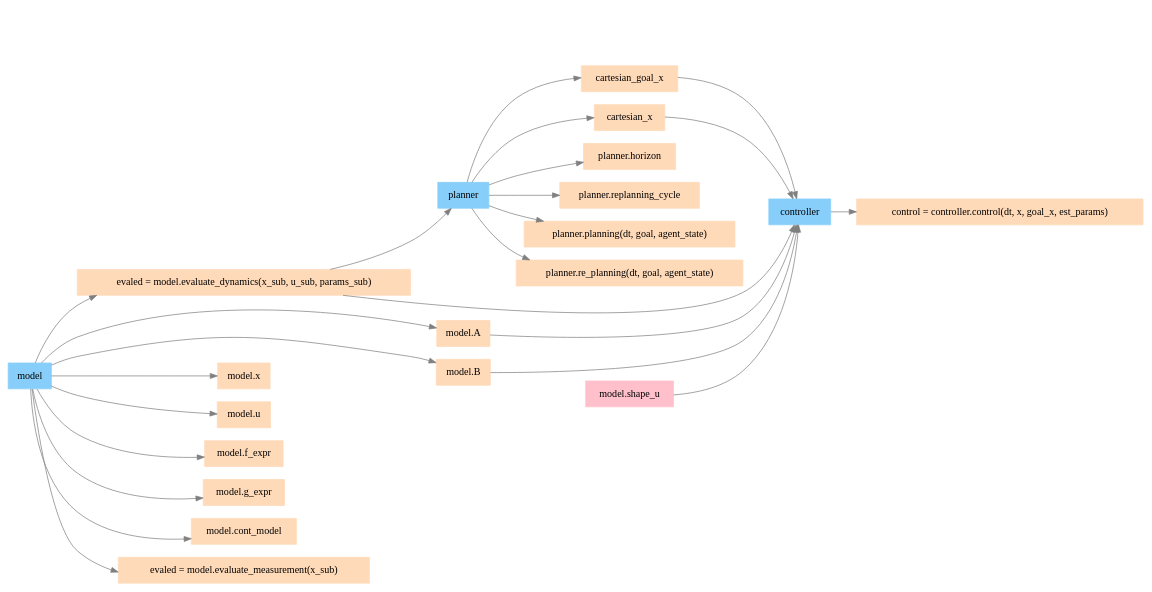
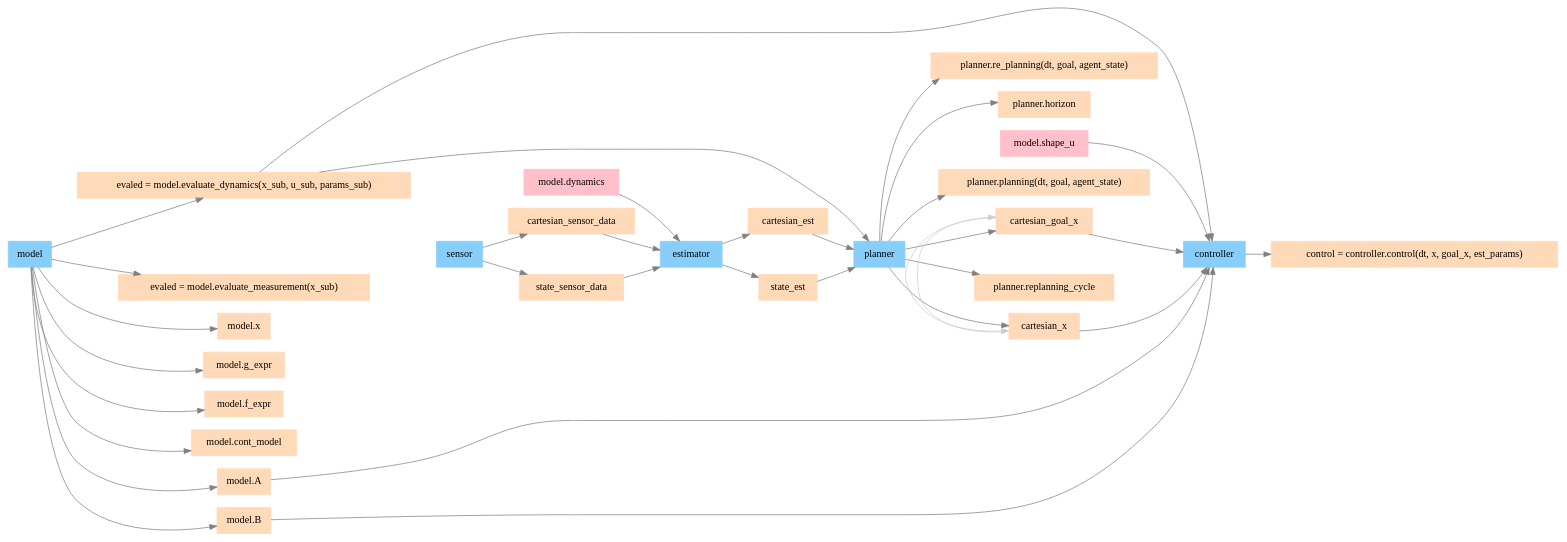
One commit to intelligent-control-lab/Composable_Agent_Toolbox changed the diagram in img/deps.gv. Above: the diagram before and after it, drawn with Graphviz. The commit also changed 6 other files, not shown here.

Commit message:
refine dependency graph structure

```diff
--- a/img/deps.gv
+++ b/img/deps.gv
@@ -1,58 +1,120 @@
 digraph G {
 	compound=true rankdir=LR
 	model [color=lightskyblue fillcolor=lightskyblue shape=box style=filled]
+	sensor [color=lightskyblue fillcolor=lightskyblue shape=box style=filled]
 	controller [color=lightskyblue fillcolor=lightskyblue shape=box style=filled]
 	planner [color=lightskyblue fillcolor=lightskyblue shape=box style=filled]
-	controller [shape=box]
-	"evaled = model.evaluate_dynamics(x_sub, u_sub, params_sub)" [shape=box]
-	cartesian_goal_x [shape=box]
-	"model.A" [shape=box]
-	"model.shape_u" [shape=box]
-	planner [shape=box]
-	"model.B" [shape=box]
-	model [shape=box]
-	cartesian_x [shape=box]
+	estimator [color=lightskyblue fillcolor=lightskyblue shape=box style=filled]
+	"evaled = model.evaluate_dynamics(x_sub, u_sub, params_sub)" [color=peachpuff fillcolor=peachpuff shape=box style=filled]
+	"evaled = model.evaluate_measurement(x_sub)" [color=peachpuff fillcolor=peachpuff shape=box style=filled]
+	"planner.replanning_cycle" [color=peachpuff fillcolor=peachpuff shape=box style=filled]
+	"model.shape_u" [color=peachpuff fillcolor=peachpuff shape=box style=filled]
+	state_sensor_data [color=peachpuff fillcolor=peachpuff shape=box style=filled]
+	"planner.re_planning(dt, goal, agent_state)" [color=peachpuff fillcolor=peachpuff shape=box style=filled]
+	"model.x" [color=peachpuff fillcolor=peachpuff shape=box style=filled]
+	state_est [color=peachpuff fillcolor=peachpuff shape=box style=filled]
+	"model.g_expr" [color=peachpuff fillcolor=peachpuff shape=box style=filled]
+	"model.A" [color=peachpuff fillcolor=peachpuff shape=box style=filled]
+	"planner.horizon" [color=peachpuff fillcolor=peachpuff shape=box style=filled]
+	"model.f_expr" [color=peachpuff fillcolor=peachpuff shape=box style=filled]
+	cartesian_x [color=peachpuff fillcolor=peachpuff shape=box style=filled]
+	"control = controller.control(dt, x, goal_x, est_params)" [color=peachpuff fillcolor=peachpuff shape=box style=filled]
+	"model.dynamics" [color=peachpuff fillcolor=peachpuff shape=box style=filled]
+	"model.B" [color=peachpuff fillcolor=peachpuff shape=box style=filled]
+	"model.cont_model" [color=peachpuff fillcolor=peachpuff shape=box style=filled]
+	"planner.planning(dt, goal, agent_state)" [color=peachpuff fillcolor=peachpuff shape=box style=filled]
+	cartesian_goal_x [color=peachpuff fillcolor=peachpuff shape=box style=filled]
+	cartesian_sensor_data [color=peachpuff fillcolor=peachpuff shape=box style=filled]
+	cartesian_est [color=peachpuff fillcolor=peachpuff shape=box style=filled]
 	"model.shape_u" [color=pink fillcolor=pink shape=box style=filled]
+	"model.dynamics" [color=pink fillcolor=pink shape=box style=filled]
 	cartesian_x -> controller [color=gray50]
 	cartesian_goal_x -> controller [color=gray50]
 	"model.shape_u" -> controller [color=gray50]
 	"model.A" -> controller [color=gray50]
 	"model.B" -> controller [color=gray50]
 	"evaled = model.evaluate_dynamics(x_sub, u_sub, params_sub)" -> controller [color=gray50]
 	"evaled = model.evaluate_dynamics(x_sub, u_sub, params_sub)" -> planner [color=gray50]
-	"control = controller.control(dt, x, goal_x, est_params)" [color=peachpuff fillcolor=peachpuff shape=box style=filled]
 	controller -> "control = controller.control(dt, x, goal_x, est_params)" [color=gray50]
-	"model.x" [color=peachpuff fillcolor=peachpuff shape=box style=filled]
 	model -> "model.x" [color=gray50]
-	"model.u" [color=peachpuff fillcolor=peachpuff shape=box style=filled]
-	model -> "model.u" [color=gray50]
-	"model.A" [color=peachpuff fillcolor=peachpuff shape=box style=filled]
 	model -> "model.A" [color=gray50]
-	"model.B" [color=peachpuff fillcolor=peachpuff shape=box style=filled]
 	model -> "model.B" [color=gray50]
-	"model.f_expr" [color=peachpuff fillcolor=peachpuff shape=box style=filled]
 	model -> "model.f_expr" [color=gray50]
-	"model.g_expr" [color=peachpuff fillcolor=peachpuff shape=box style=filled]
 	model -> "model.g_expr" [color=gray50]
-	"model.cont_model" [color=peachpuff fillcolor=peachpuff shape=box style=filled]
 	model -> "model.cont_model" [color=gray50]
-	"evaled = model.evaluate_dynamics(x_sub, u_sub, params_sub)" [color=peachpuff fillcolor=peachpuff shape=box style=filled]
 	model -> "evaled = model.evaluate_dynamics(x_sub, u_sub, params_sub)" [color=gray50]
-	"evaled = model.evaluate_measurement(x_sub)" [color=peachpuff fillcolor=peachpuff shape=box style=filled]
 	model -> "evaled = model.evaluate_measurement(x_sub)" [color=gray50]
-	cartesian_x [color=peachpuff fillcolor=peachpuff shape=box style=filled]
+	state_sensor_data -> estimator [color=gray50]
+	cartesian_sensor_data -> estimator [color=gray50]
+	"model.dynamics" -> estimator [color=gray50]
+	estimator -> cartesian_est [color=gray50]
+	estimator -> state_est [color=gray50]
+	sensor -> state_sensor_data [color=gray50]
+	sensor -> cartesian_sensor_data [color=gray50]
+	cartesian_est -> planner [color=gray50]
+	state_est -> planner [color=gray50]
 	planner -> cartesian_x [color=gray50]
-	cartesian_goal_x [color=peachpuff fillcolor=peachpuff shape=box style=filled]
 	planner -> cartesian_goal_x [color=gray50]
-	"planner.horizon" [color=peachpuff fillcolor=peachpuff shape=box style=filled]
 	planner -> "planner.horizon" [color=gray50]
-	"planner.replanning_cycle" [color=peachpuff fillcolor=peachpuff shape=box style=filled]
 	planner -> "planner.replanning_cycle" [color=gray50]
-	"planner.planning(dt, goal, agent_state)" [color=peachpuff fillcolor=peachpuff shape=box style=filled]
 	planner -> "planner.planning(dt, goal, agent_state)" [color=gray50]
-	"planner.re_planning(dt, goal, agent_state)" [color=peachpuff fillcolor=peachpuff shape=box style=filled]
 	planner -> "planner.re_planning(dt, goal, agent_state)" [color=gray50]
-	planner -> controller [style=invis]
-	model -> controller [style=invis]
-	model -> planner [style=invis]
+	cartesian_x -> cartesian_goal_x [color=gray80 weight=100]
+	cartesian_goal_x -> cartesian_x [color=gray80 weight=100]
+	model -> sensor [style=invis weight=1000]
+	sensor -> estimator [style=invis weight=1000]
+	estimator -> planner [style=invis weight=1000]
+	planner -> controller [style=invis weight=1000]
+	"model.x" -> sensor [style=invis]
+	"model.A" -> sensor [style=invis]
+	"model.B" -> sensor [style=invis]
+	"model.f_expr" -> sensor [style=invis]
+	"model.g_expr" -> sensor [style=invis]
+	"model.cont_model" -> sensor [style=invis]
+	"evaled = model.evaluate_dynamics(x_sub, u_sub, params_sub)" -> sensor [style=invis]
+	"evaled = model.evaluate_measurement(x_sub)" -> sensor [style=invis]
+	state_sensor_data -> estimator [style=invis]
+	cartesian_sensor_data -> estimator [style=invis]
+	cartesian_est -> planner [style=invis]
+	state_est -> planner [style=invis]
+	cartesian_x -> controller [style=invis]
+	cartesian_goal_x -> controller [style=invis]
+	"planner.horizon" -> controller [style=invis]
+	"planner.replanning_cycle" -> controller [style=invis]
+	"planner.planning(dt, goal, agent_state)" -> controller [style=invis]
+	"planner.re_planning(dt, goal, agent_state)" -> controller [style=invis]
+	{
+		rank=same
+		"model.x"
+		"model.A"
+		"model.B"
+		"model.f_expr"
+		"model.g_expr"
+		"model.cont_model"
+		"evaled = model.evaluate_dynamics(x_sub, u_sub, params_sub)"
+		"evaled = model.evaluate_measurement(x_sub)"
+	}
+	{
+		rank=same
+		state_sensor_data
+		cartesian_sensor_data
+	}
+	{
+		rank=same
+		cartesian_est
+		state_est
+	}
+	{
+		rank=same
+		cartesian_x
+		cartesian_goal_x
+		"planner.horizon"
+		"planner.replanning_cycle"
+		"planner.planning(dt, goal, agent_state)"
+		"planner.re_planning(dt, goal, agent_state)"
+	}
+	{
+		rank=same
+		"control = controller.control(dt, x, goal_x, est_params)"
+	}
 }
```
